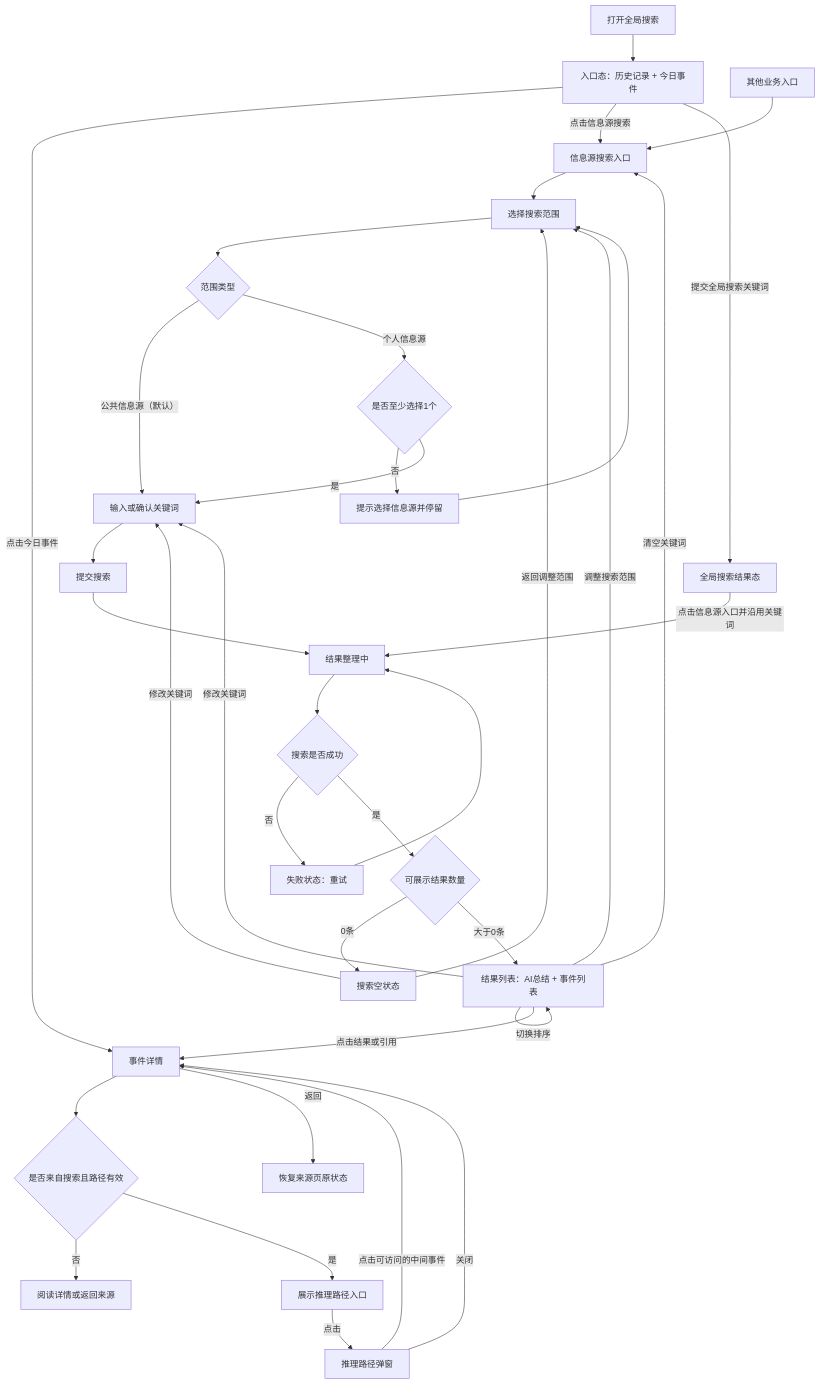
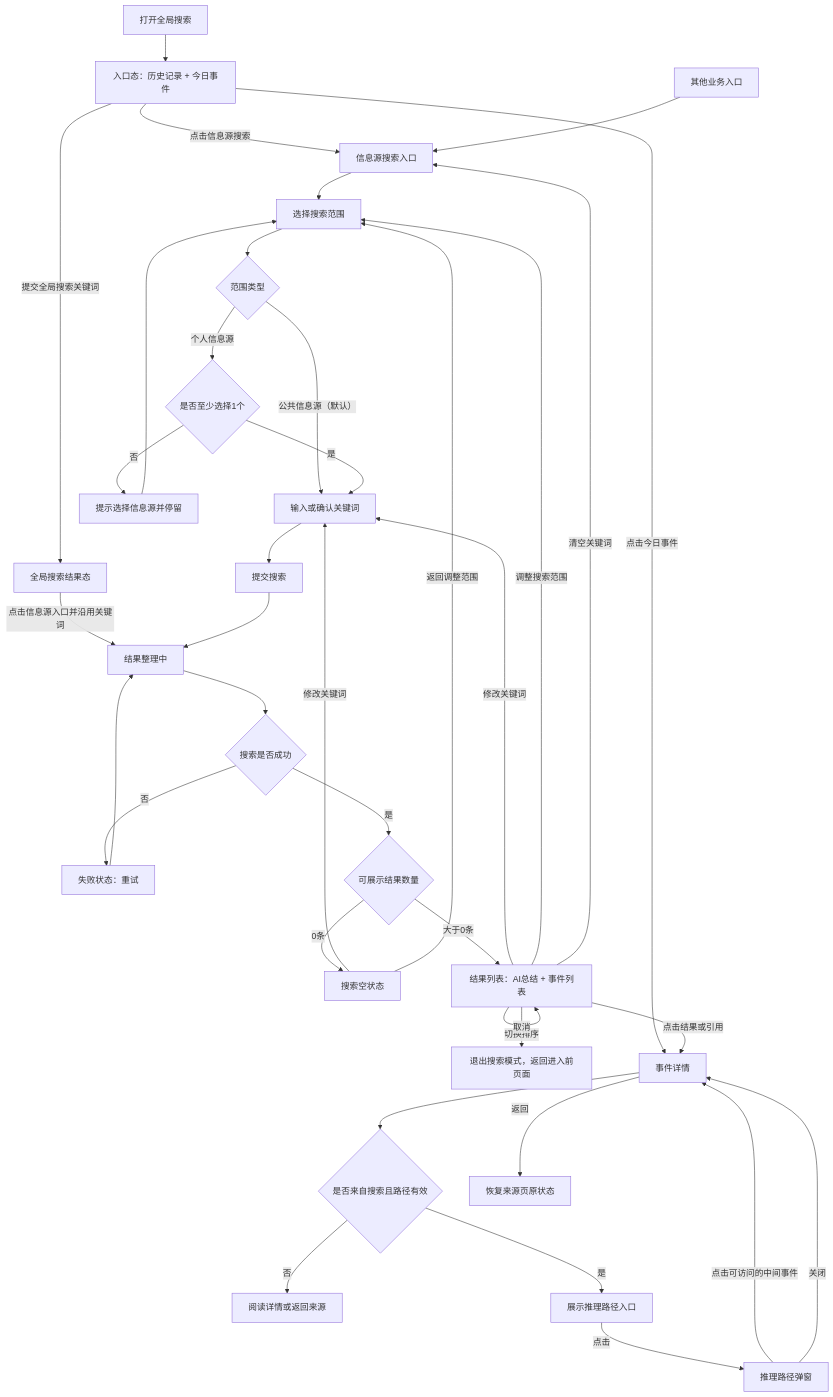
The second of 2 diagrams in 信息源搜索-需求文档.md (simiy70/zleap-app), drawn with Mermaid before and after one commit. The commit also changed other lines of this file and 4 other files, not shown here.

````diff
--- a/信息源搜索-需求文档.md
+++ b/信息源搜索-需求文档.md
@@ -74,42 +74,43 @@
 ```mermaid
 flowchart TD
     A["打开全局搜索"] --> B["入口态：历史记录 + 今日事件"]
     B -->|"点击今日事件"| M["事件详情"]
     B -->|"点击信息源搜索"| C["信息源搜索入口"]
     B -->|"提交全局搜索关键词"| W["全局搜索结果态"]
     W -->|"点击信息源入口并沿用关键词"| J
     N["其他业务入口"] --> C
 
     C --> D["选择搜索范围"]
     D --> E{"范围类型"}
     E -->|"公共信息源（默认）"| H["输入或确认关键词"]
     E -->|"个人信息源"| F{"是否至少选择1个"}
     F -->|"否"| G["提示选择信息源并停留"]
     G --> D
     F -->|"是"| H
 
     H --> I["提交搜索"]
     I --> J["结果整理中"]
     J --> K{"搜索是否成功"}
     K -->|"否"| L["失败状态：重试"]
     L --> J
     K -->|"是"| O{"可展示结果数量"}
     O -->|"0条"| P["搜索空状态"]
     P -->|"修改关键词"| H
     P -->|"返回调整范围"| D
     O -->|"大于0条"| Q["结果列表：AI总结 + 事件列表"]
 
     Q -->|"切换排序"| Q
     Q -->|"修改关键词"| H
     Q -->|"调整搜索范围"| D
     Q -->|"清空关键词"| C
+    Q -->|"取消"| X["退出搜索模式，返回进入前页面"]
     Q -->|"点击结果或引用"| M
 
     M --> R{"是否来自搜索且路径有效"}
     R -->|"否"| S["阅读详情或返回来源"]
     R -->|"是"| T["展示推理路径入口"]
     T -->|"点击"| U["推理路径弹窗"]
     U -->|"点击可访问的中间事件"| M
     U -->|"关闭"| M
     M -->|"返回"| V["恢复来源页原状态"]
 ```
````
